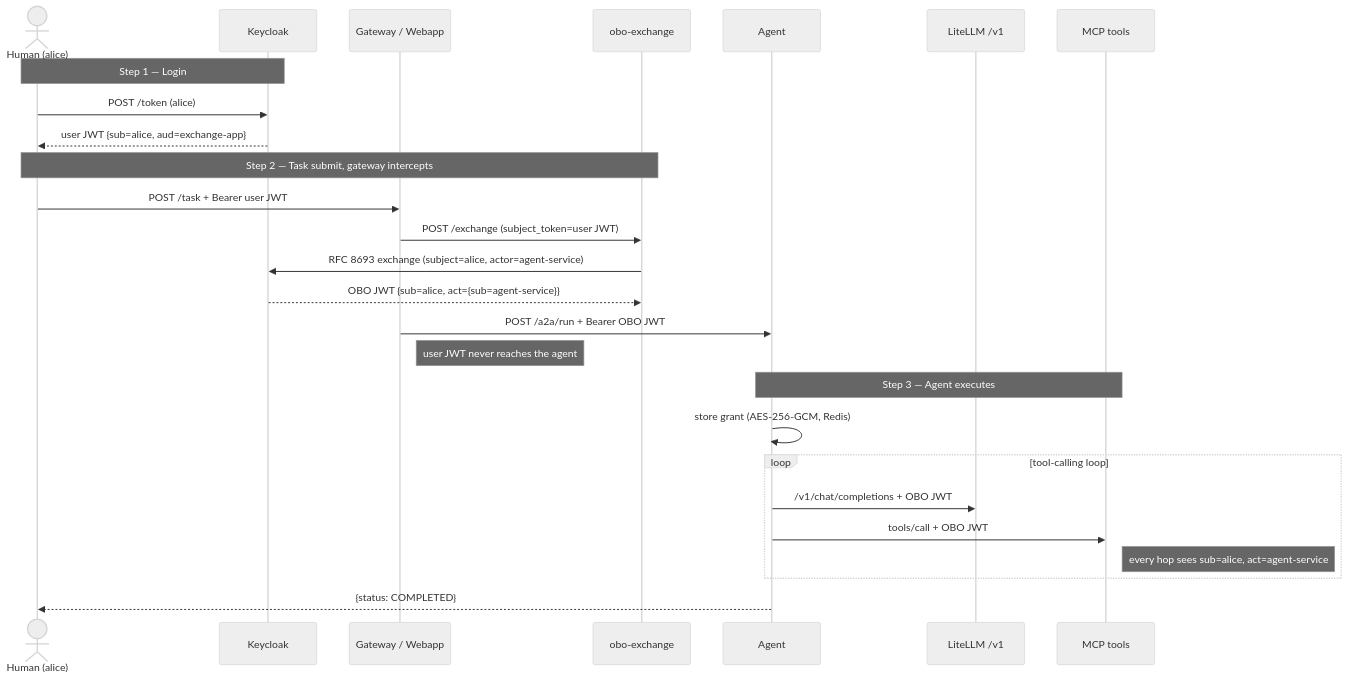
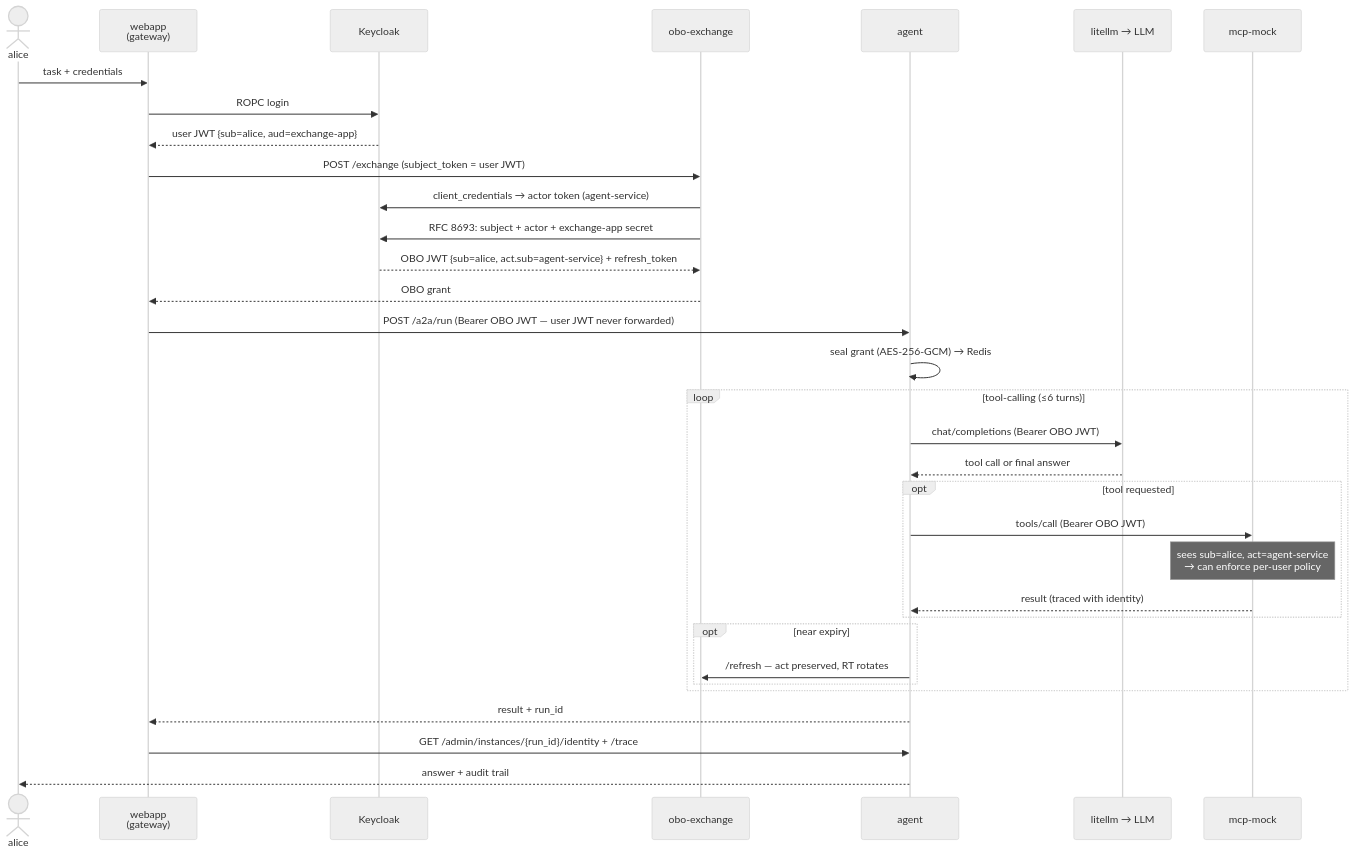
One commit to lorenzogirardi/website changed the second of 3 diagrams in content/posts/who-is-your-ai-agent-acting-for-rfc-8693-on-behalf-of-delegation.md. Above: the diagram before and after it, drawn with Mermaid (neutral theme). The commit also changed other lines of this file, not shown here.

Commit message:
docs(posts): sync RFC 8693 OBO post with README additions
Add the OBO-pattern vs obo-exchange-service distinction, the component
map mermaid diagram, and a richer sequence diagram (actor token minting,
grant sealing, refresh loop). Enrich the JWT section: stateless-but-not-
encrypted note, jti claim, readable actor name via azp, and the
cache-key-must-include-sub corollary.

````diff
--- a/content/posts/who-is-your-ai-agent-acting-for-rfc-8693-on-behalf-of-delegation.md
+++ b/content/posts/who-is-your-ai-agent-acting-for-rfc-8693-on-behalf-of-delegation.md
@@ -114,31 +160,40 @@
 ```mermaid
 sequenceDiagram
-    actor Human as Human (alice)
-    participant KC as Keycloak
-    participant GW as Gateway / Webapp
-    participant OBO as obo-exchange
-    participant Agent as Agent
-    participant LLM as LiteLLM /v1
-    participant MCP as MCP tools
+    actor U as alice
+    participant W as webapp<br/>(gateway)
+    participant K as Keycloak
+    participant O as obo-exchange
+    participant A as agent
+    participant L as litellm → LLM
+    participant M as mcp-mock
 
-    Note over Human,KC: Step 1 — Login
-    Human->>KC: POST /token (alice)
-    KC-->>Human: user JWT {sub=alice, aud=exchange-app}
+    U->>W: task + credentials
+    W->>K: ROPC login
+    K-->>W: user JWT {sub=alice, aud=exchange-app}
 
-    Note over Human,OBO: Step 2 — Task submit, gateway intercepts
-    Human->>GW: POST /task + Bearer user JWT
-    GW->>OBO: POST /exchange (subject_token=user JWT)
-    OBO->>KC: RFC 8693 exchange (subject=alice, actor=agent-service)
-    KC-->>OBO: OBO JWT {sub=alice, act={sub=agent-service}}
-    GW->>Agent: POST /a2a/run + Bearer OBO JWT
-    Note right of GW: user JWT never reaches the agent
+    W->>O: POST /exchange (subject_token = user JWT)
+    O->>K: client_credentials → actor token (agent-service)
+    O->>K: RFC 8693: subject + actor + exchange-app secret
+    K-->>O: OBO JWT {sub=alice, act.sub=agent-service} + refresh_token
+    O-->>W: OBO grant
 
-    Note over Agent,MCP: Step 3 — Agent executes
-    Agent->>Agent: store grant (AES-256-GCM, Redis)
-    loop tool-calling loop
-        Agent->>LLM: /v1/chat/completions + OBO JWT
-        Agent->>MCP: tools/call + OBO JWT
-        Note right of MCP: every hop sees sub=alice, act=agent-service
+    W->>A: POST /a2a/run (Bearer OBO JWT — user JWT never forwarded)
+    A->>A: seal grant (AES-256-GCM) → Redis
+
+    loop tool-calling (≤6 turns)
+        A->>L: chat/completions (Bearer OBO JWT)
+        L-->>A: tool call or final answer
+        opt tool requested
+            A->>M: tools/call (Bearer OBO JWT)
+            Note over M: sees sub=alice, act=agent-service<br/>→ can enforce per-user policy
+            M-->>A: result (traced with identity)
+        end
+        opt near expiry
+            A->>O: /refresh — act preserved, RT rotates
+        end
     end
-    Agent-->>Human: {status: COMPLETED}
+
+    A-->>W: result + run_id
+    W->>A: GET /admin/instances/{run_id}/identity + /trace
+    A-->>U: answer + audit trail
 ```
````
